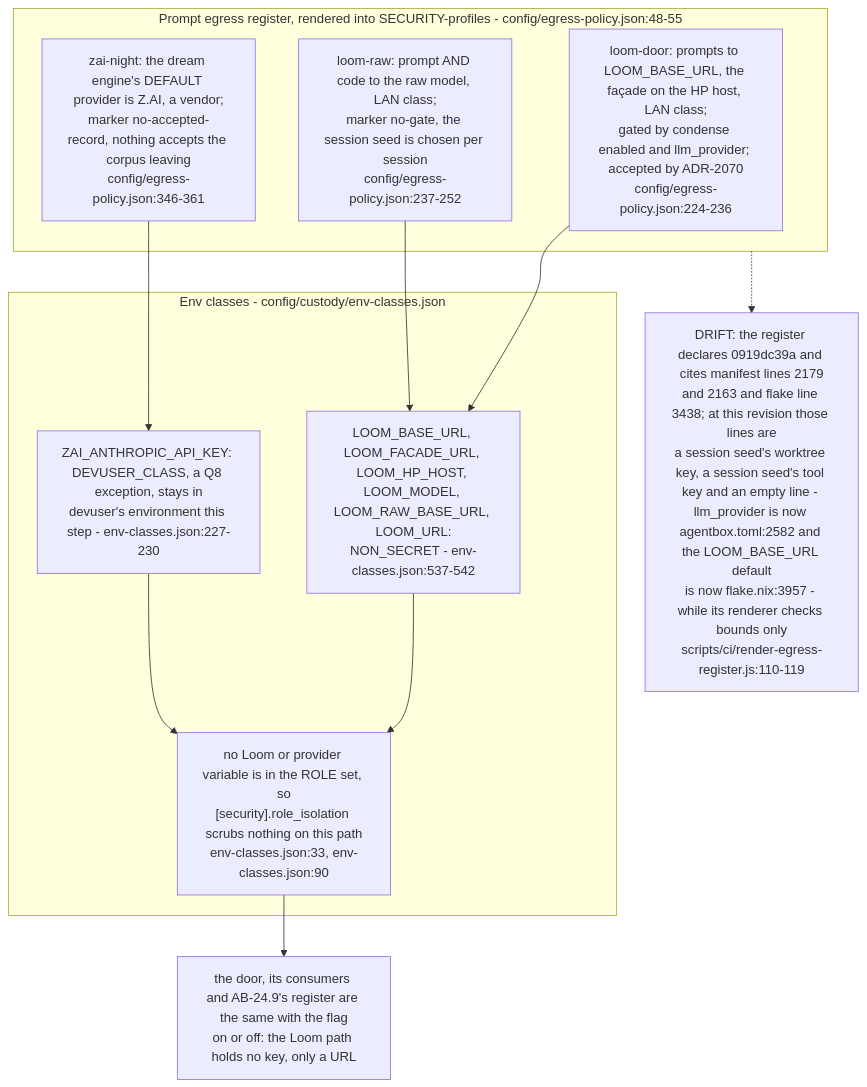
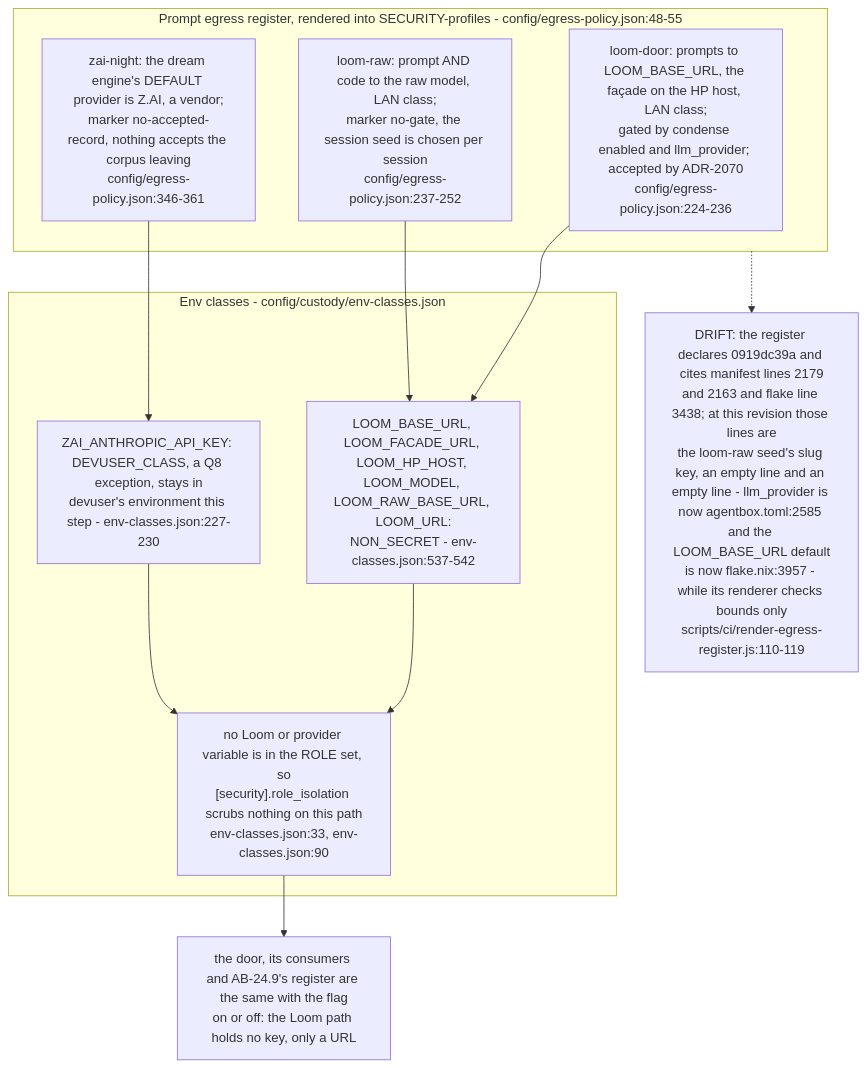
Diagram 13 of 14 in docs/diagrams/agentbox/24-loom-facade.md (DreamLab-AI/VisionFlow), drawn with Mermaid before and after one commit. The commit also changed other lines of this file and 142 other files, not shown here.

First line of the commit message:
docs(diagrams): one System One route; re-verify 140 topics at today's heads

````diff
--- a/docs/diagrams/agentbox/24-loom-facade.md
+++ b/docs/diagrams/agentbox/24-loom-facade.md
@@ -497,20 +498,20 @@
 ```mermaid
 flowchart TB
     subgraph reg["Prompt egress register, rendered into SECURITY-profiles - config/egress-policy.json:48-55"]
         R1["loom-door: prompts to LOOM_BASE_URL, the façade on the HP host, LAN class;<br/>gated by condense enabled and llm_provider; accepted by ADR-2070<br/>config/egress-policy.json:224-236"]
         R2["loom-raw: prompt AND code to the raw model, LAN class;<br/>marker no-gate, the session seed is chosen per session<br/>config/egress-policy.json:237-252"]
         R3["zai-night: the dream engine's DEFAULT provider is Z.AI, a vendor;<br/>marker no-accepted-record, nothing accepts the corpus leaving<br/>config/egress-policy.json:346-361"]
     end
     subgraph cls["Env classes - config/custody/env-classes.json"]
         C1["LOOM_BASE_URL, LOOM_FACADE_URL, LOOM_HP_HOST, LOOM_MODEL, LOOM_RAW_BASE_URL, LOOM_URL:<br/>NON_SECRET - env-classes.json:537-542"]
         C2["ZAI_ANTHROPIC_API_KEY: DEVUSER_CLASS, a Q8 exception, stays in<br/>devuser's environment this step - env-classes.json:227-230"]
         C3["no Loom or provider variable is in the ROLE set, so<br/>[security].role_isolation scrubs nothing on this path<br/>env-classes.json:33, env-classes.json:90"]
     end
     R1 --> C1
     R2 --> C1
     R3 --> C2
     C1 --> C3
     C2 --> C3
     C3 --> SAME["the door, its consumers and AB-24.9's register are the same with the flag<br/>on or off: the Loom path holds no key, only a URL"]
-    reg -.-> DR["DRIFT: the register declares 0919dc39a and cites manifest lines 2179<br/>and 2163 and flake line 3438; at this revision those lines are<br/>a session seed's worktree key, a session seed's tool key and an empty line - llm_provider is now agentbox.toml:2582 and the LOOM_BASE_URL default<br/>is now flake.nix:3957 - while its renderer checks bounds only<br/>scripts/ci/render-egress-register.js:110-119"]
+    reg -.-> DR["DRIFT: the register declares 0919dc39a and cites manifest lines 2179<br/>and 2163 and flake line 3438; at this revision those lines are<br/>the loom-raw seed's slug key, an empty line and an empty line - llm_provider is now agentbox.toml:2585 and the LOOM_BASE_URL default<br/>is now flake.nix:3957 - while its renderer checks bounds only<br/>scripts/ci/render-egress-register.js:110-119"]
 ```
````
